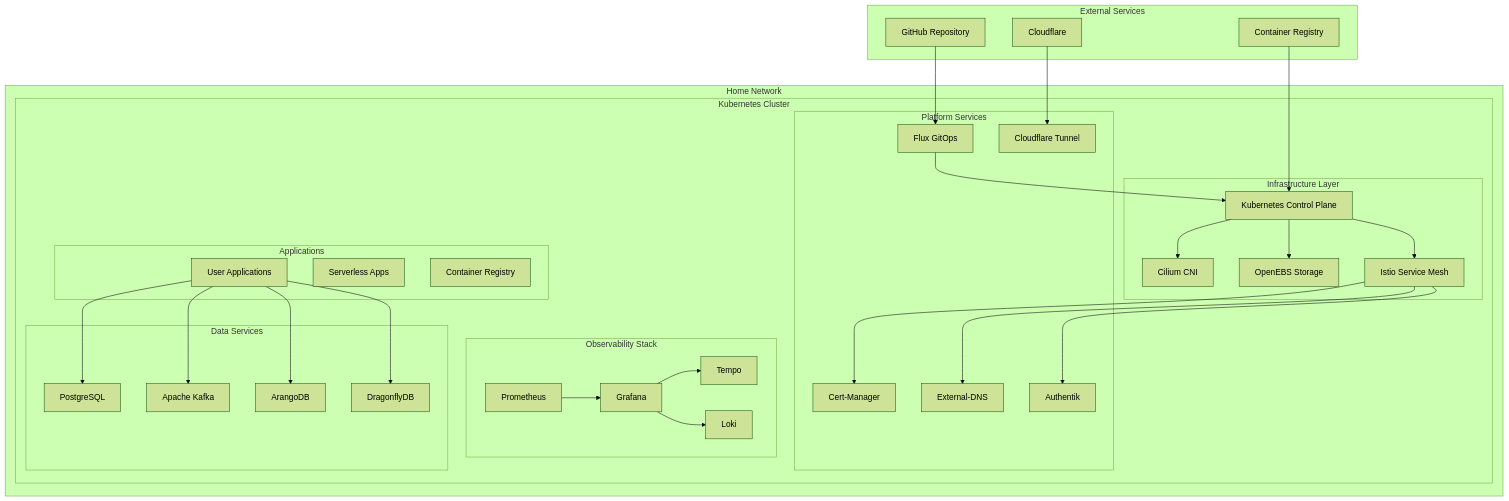
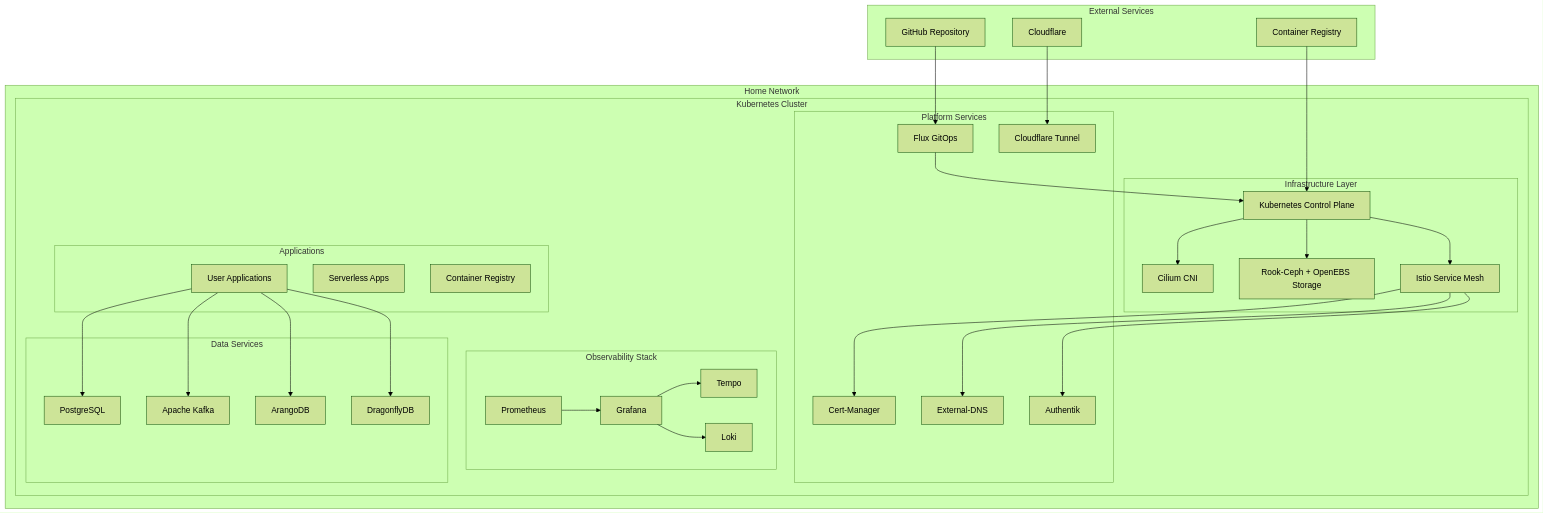
One commit to enchantednatures/HomeCluster changed the first of 8 diagrams in docs/architecture.md. Above: the diagram before and after it, drawn with Mermaid (forest theme). The commit also changed other lines of this file and 9 other files, not shown here.

Commit message:
docs: update architecture and infrastructure documentation

````diff
--- a/docs/architecture.md
+++ b/docs/architecture.md
@@ -35,69 +35,69 @@
 ```mermaid
 graph TB
     subgraph "External Services"
         CF[Cloudflare]
         GH[GitHub Repository]
         REG[Container Registry]
     end
-    
+
     subgraph "Home Network"
         subgraph "Kubernetes Cluster"
             subgraph "Infrastructure Layer"
                 K8S[Kubernetes Control Plane]
                 CILIUM[Cilium CNI]
-                STORAGE[OpenEBS Storage]
+                STORAGE[Rook-Ceph + OpenEBS Storage]
                 ISTIO[Istio Service Mesh]
             end
-            
+
             subgraph "Platform Services"
                 FLUX[Flux GitOps]
                 CERT[Cert-Manager]
                 DNS[External-DNS]
                 TUNNEL[Cloudflare Tunnel]
                 AUTH[Authentik]
             end
-            
+
             subgraph "Observability Stack"
                 PROM[Prometheus]
                 GRAF[Grafana]
                 TEMPO[Tempo]
                 LOKI[Loki]
             end
-            
+
             subgraph "Data Services"
                 PG[PostgreSQL]
                 KAFKA[Apache Kafka]
                 ARANGO[ArangoDB]
                 REDIS[DragonflyDB]
             end
-            
+
             subgraph "Applications"
                 APPS[User Applications]
                 KNATIVE[Serverless Apps]
                 HARBOR[Container Registry]
             end
         end
     end
-    
+
     CF --> TUNNEL
     GH --> FLUX
     REG --> K8S
-    
+
     FLUX --> K8S
     K8S --> CILIUM
     K8S --> STORAGE
     K8S --> ISTIO
-    
+
     ISTIO --> CERT
     ISTIO --> DNS
     ISTIO --> AUTH
-    
+
     PROM --> GRAF
     GRAF --> TEMPO
     GRAF --> LOKI
-    
+
     APPS --> PG
     APPS --> KAFKA
     APPS --> ARANGO
     APPS --> REDIS
 ```
````
